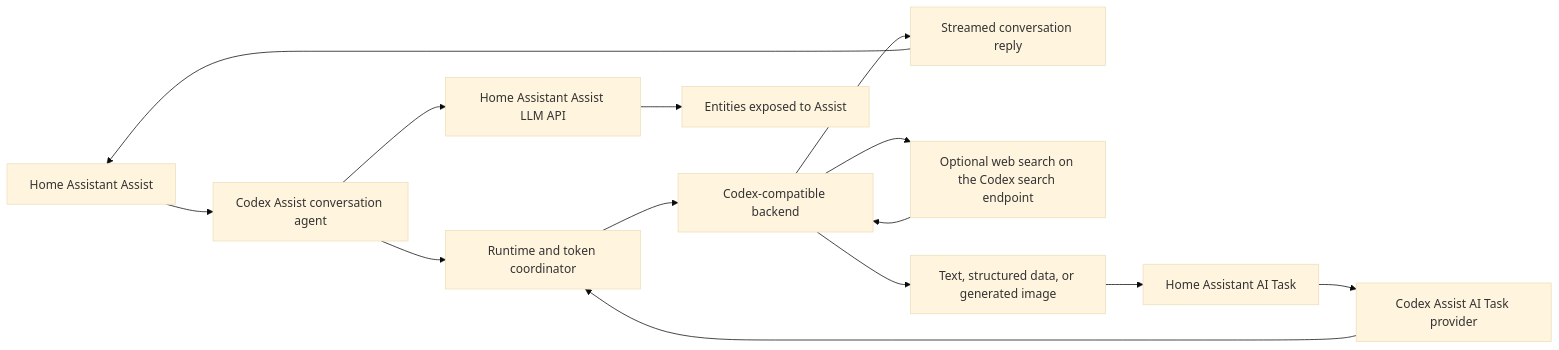
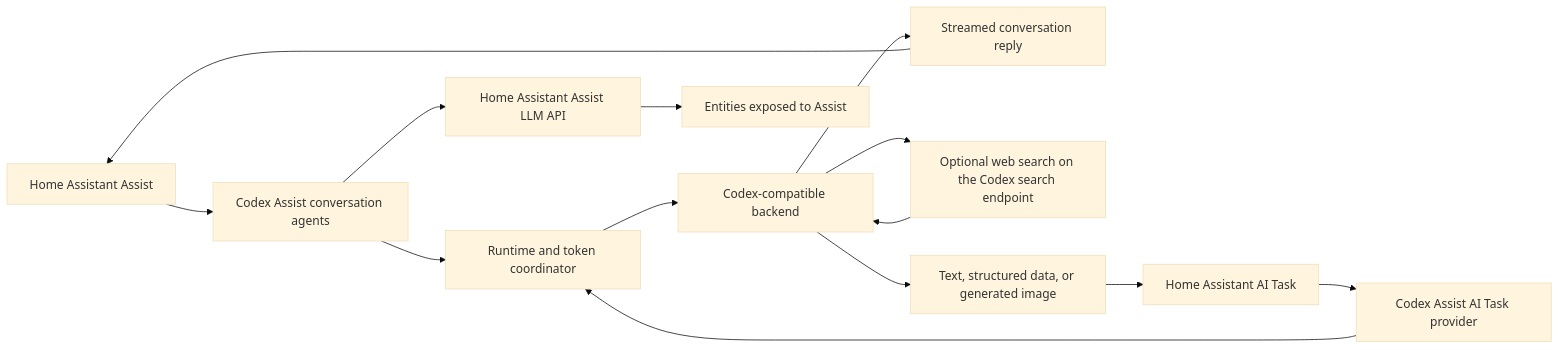
Before and after one commit to itsreverence/ha-codex-assist: the diagram in docs/ARCHITECTURE.md, drawn with Mermaid (base theme). The commit also changed other lines of this file and 35 other files, not shown here.

First line of the commit message:
feat(conversation): serve several Assist agents from one sign-in via subentries (#85)

````diff
--- a/docs/ARCHITECTURE.md
+++ b/docs/ARCHITECTURE.md
@@ -5,20 +5,20 @@
 ```mermaid
 flowchart LR
-    Assist[Home Assistant Assist] --> Conversation[Codex Assist conversation agent]
+    Assist[Home Assistant Assist] --> Conversation[Codex Assist conversation agents]
     AITask[Home Assistant AI Task] --> Provider[Codex Assist AI Task provider]
 
     Conversation --> Runtime[Runtime and token coordinator]
     Provider --> Runtime
     Runtime --> Codex[Codex-compatible backend]
 
     Conversation --> Bridge[Home Assistant Assist LLM API]
     Bridge --> Exposed[Entities exposed to Assist]
 
     Codex --> Reply[Streamed conversation reply]
     Codex --> Search[Optional web search on the Codex search endpoint]
     Search --> Codex
     Codex --> TaskResult[Text, structured data, or generated image]
 
     Reply --> Assist
     TaskResult --> AITask
 ```
````
